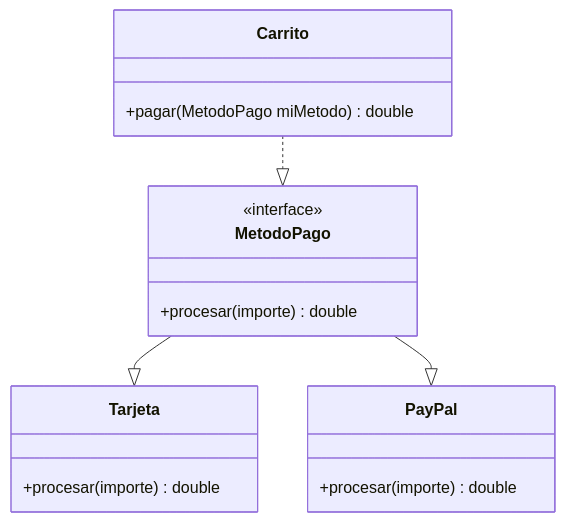
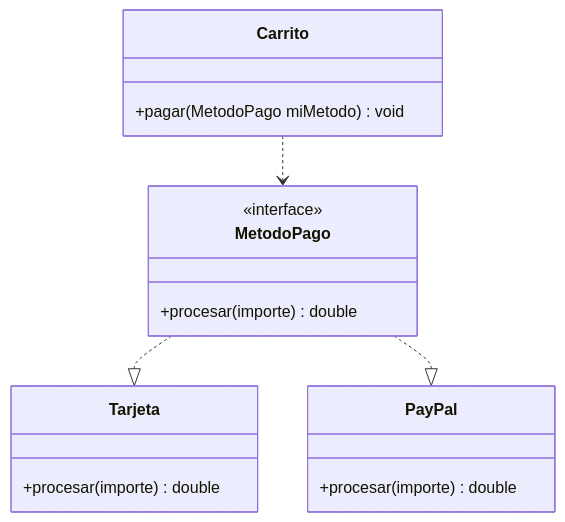
One commit to antondm11/6.2.BateriaDeEjercicios changed the fifth of 6 diagrams in README.md. Above: the diagram before and after it, drawn with Mermaid. The commit also changed other lines of this file, not shown here.

Commit message:
Actualizar README.md

````diff
--- a/README.md
+++ b/README.md
@@ -71,26 +71,26 @@
 ``` mermaid
 classDiagram
 direction TB
     class MetodoPago {
 	    +procesar(importe) double
     }
 
     class Tarjeta {
 	    +procesar(importe) double
     }
 
     class PayPal {
-        +procesar(importe) double
+	    +procesar(importe) double
     }
 
     class Carrito {
-	    +pagar(MetodoPago miMetodo) double
+	    +pagar(MetodoPago miMetodo) void
     }
 
 	<<interface>> MetodoPago
 
-    MetodoPago --|> Tarjeta
-    MetodoPago --|> PayPal
-    Carrito ..|> MetodoPago
+    MetodoPago ..|> Tarjeta
+    MetodoPago ..|> PayPal
+    Carrito ..> MetodoPago
 
 ```
````
